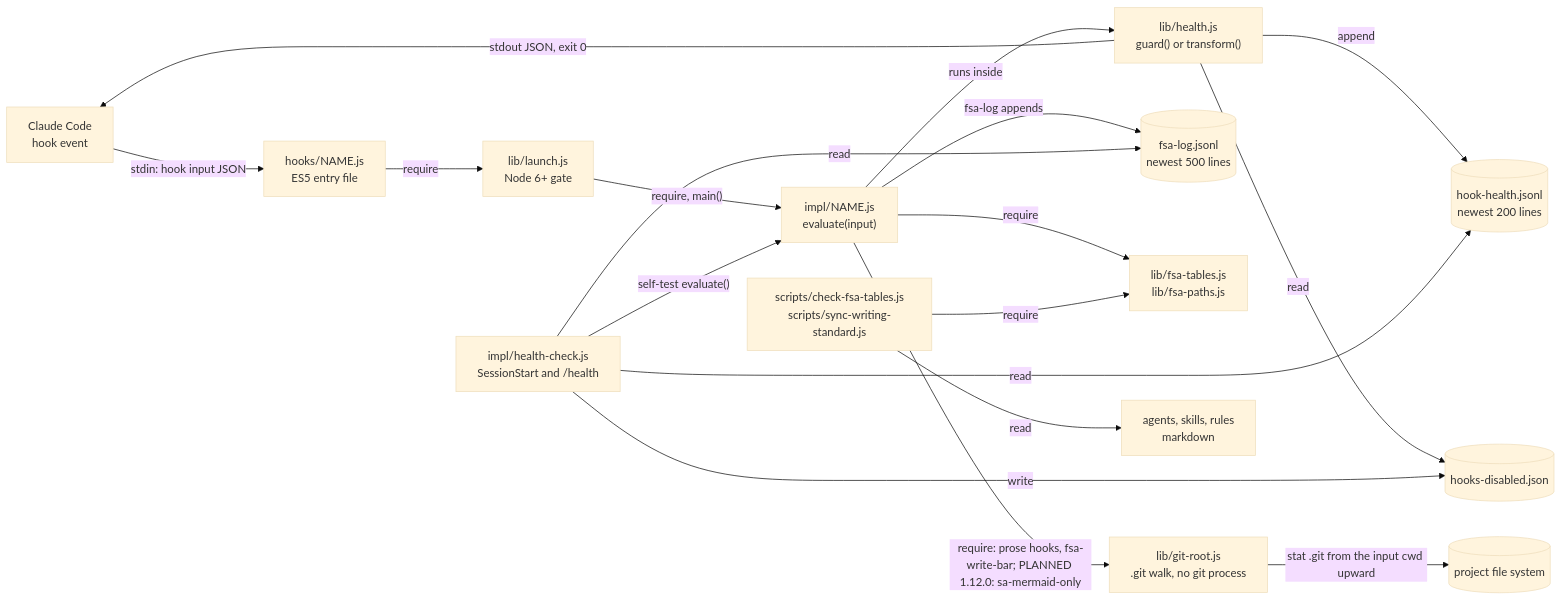
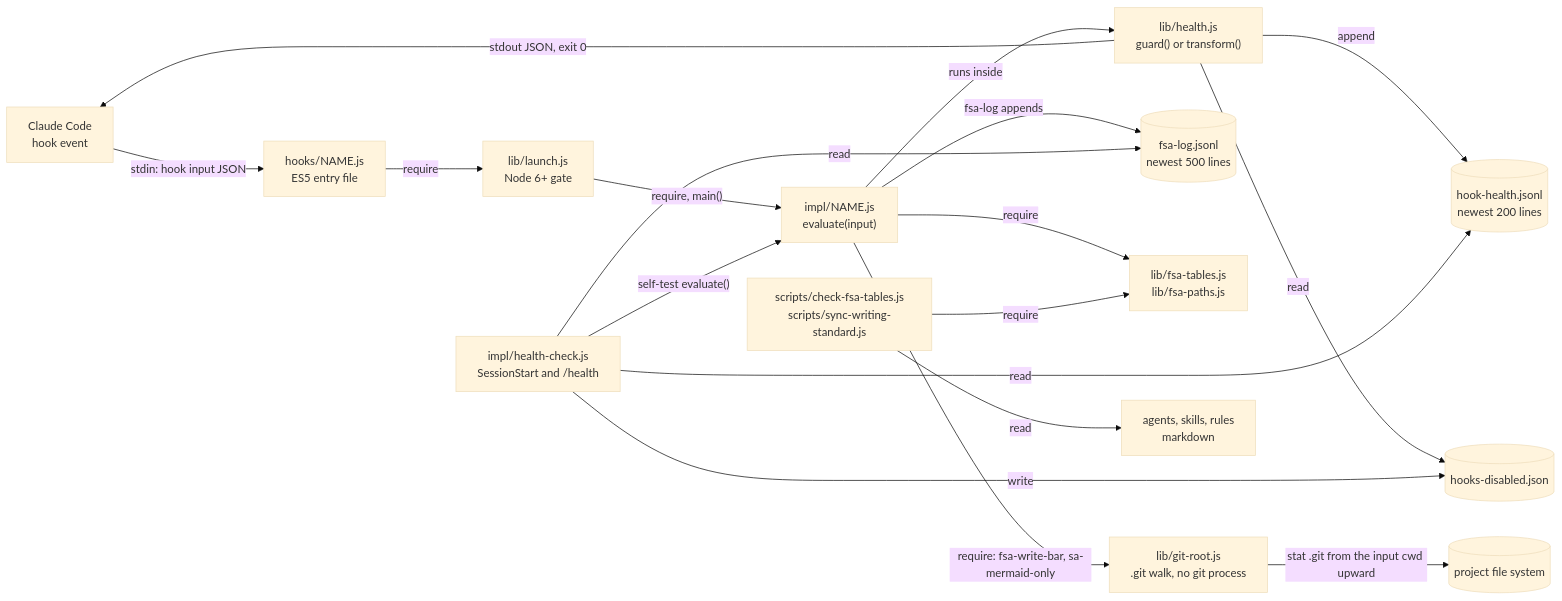
The diagram in specs/spec-hooks-platform-topology.mmd (tjmonsi/assist-marketplace-plugin), drawn with Mermaid (base theme) before and after one commit. The commit also changed 15 other files, not shown here.

```diff
--- a/specs/spec-hooks-platform-topology.mmd
+++ b/specs/spec-hooks-platform-topology.mmd
@@ -1,18 +1,18 @@
 flowchart LR
   CC["Claude Code<br/>hook event"] -->|"stdin: hook input JSON"| ENTRY["hooks/NAME.js<br/>ES5 entry file"]
   ENTRY -->|require| LAUNCH["lib/launch.js<br/>Node 6+ gate"]
   LAUNCH -->|"require, main()"| IMPL["impl/NAME.js<br/>evaluate(input)"]
   IMPL -->|"runs inside"| RT["lib/health.js<br/>guard() or transform()"]
   RT -->|"stdout JSON, exit 0"| CC
   RT -->|append| HLOG[("hook-health.jsonl<br/>newest 200 lines")]
   RT -->|read| DIS[("hooks-disabled.json")]
   IMPL -->|"fsa-log appends"| FLOG[("fsa-log.jsonl<br/>newest 500 lines")]
   HC["impl/health-check.js<br/>SessionStart and /health"] -->|"self-test evaluate()"| IMPL
   HC -->|write| DIS
   HC -->|read| HLOG
   HC -->|read| FLOG
   IMPL -->|require| TABLES["lib/fsa-tables.js<br/>lib/fsa-paths.js"]
-  IMPL -->|"require: prose hooks, fsa-write-bar; PLANNED 1.12.0: sa-mermaid-only"| GIT["lib/git-root.js<br/>.git walk, no git process"]
+  IMPL -->|"require: fsa-write-bar, sa-mermaid-only"| GIT["lib/git-root.js<br/>.git walk, no git process"]
   GIT -->|"stat .git from the input cwd upward"| PFS[("project file system")]
   SCRIPTS["scripts/check-fsa-tables.js<br/>scripts/sync-writing-standard.js"] -->|require| TABLES
   SCRIPTS -->|read| MD["agents, skills, rules<br/>markdown"]
```
